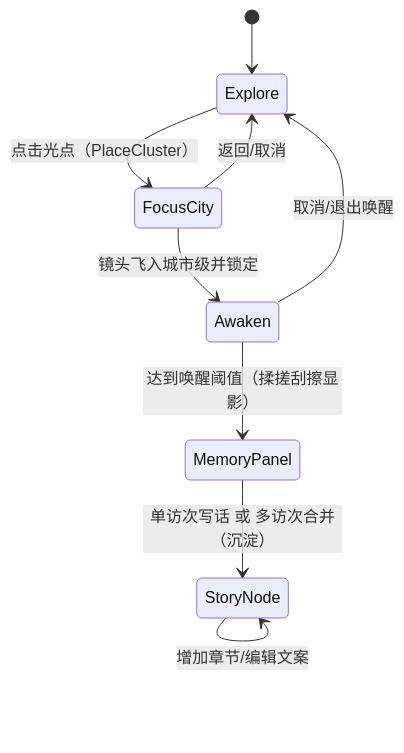
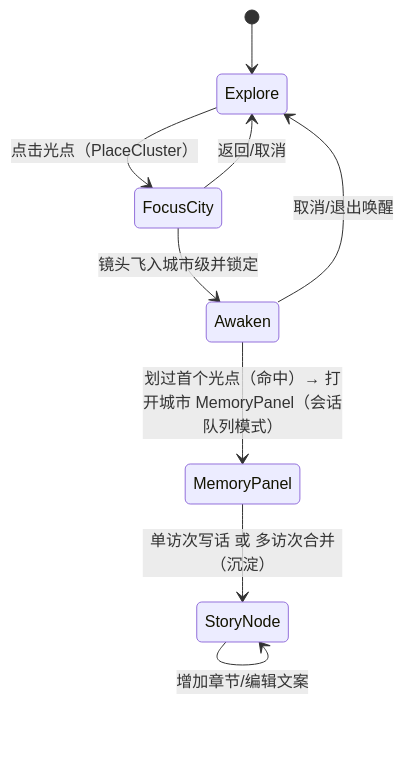
Before and after one commit to helinxuan/wakelight: the fourth of 5 diagrams in ARCHITECTURE_WAKELIGHT.md, drawn with Mermaid. The commit also changed other lines of this file and 1 other file, not shown here.

````diff
--- a/ARCHITECTURE_WAKELIGHT.md
+++ b/ARCHITECTURE_WAKELIGHT.md
@@ -372,12 +382,12 @@
 ```mermaid
 stateDiagram-v2
   [*] --> Explore
   Explore --> FocusCity: 点击光点（PlaceCluster）
   FocusCity --> Awaken: 镜头飞入城市级并锁定
-  Awaken --> MemoryPanel: 达到唤醒阈值（揉搓刮擦显影）
+  Awaken --> MemoryPanel: 划过首个光点（命中）→ 打开城市 MemoryPanel（会话队列模式）
   MemoryPanel --> StoryNode: 单访次写话 或 多访次合并（沉淀）
   StoryNode --> StoryNode: 增加章节/编辑文案
 
   Awaken --> Explore: 取消/退出唤醒
   FocusCity --> Explore: 返回/取消
 ```
````
